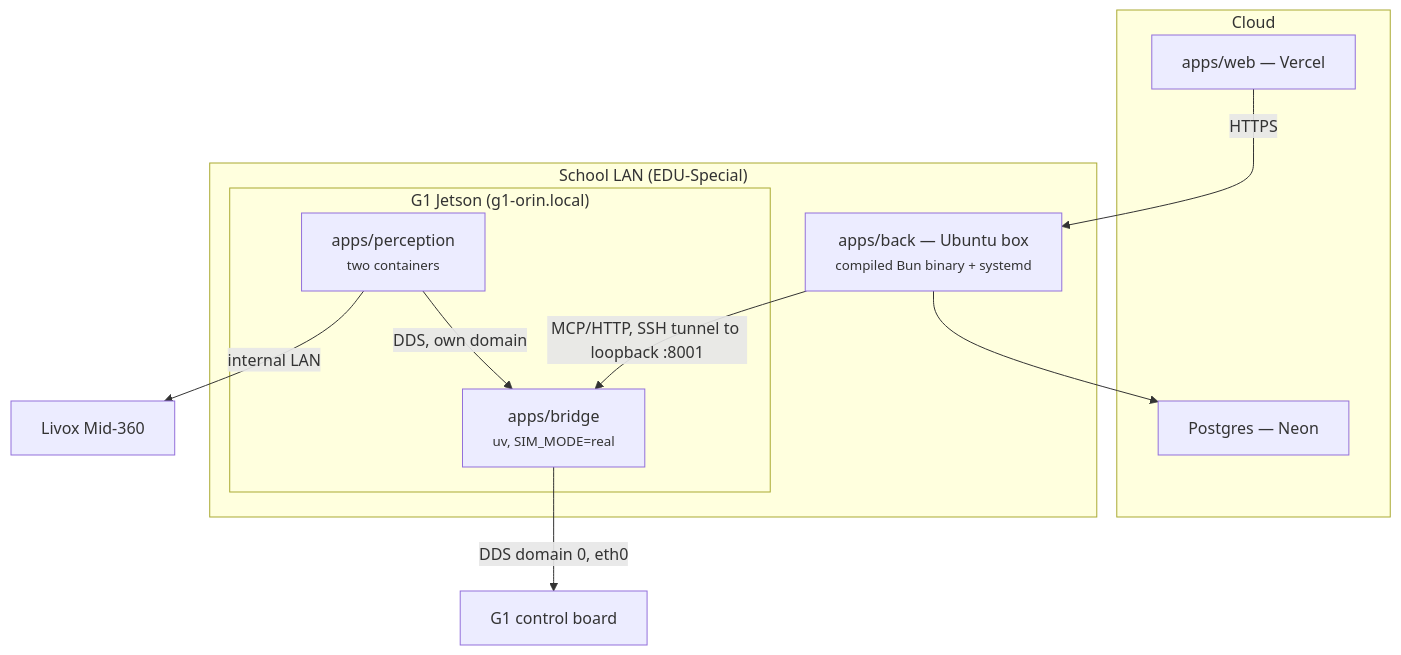
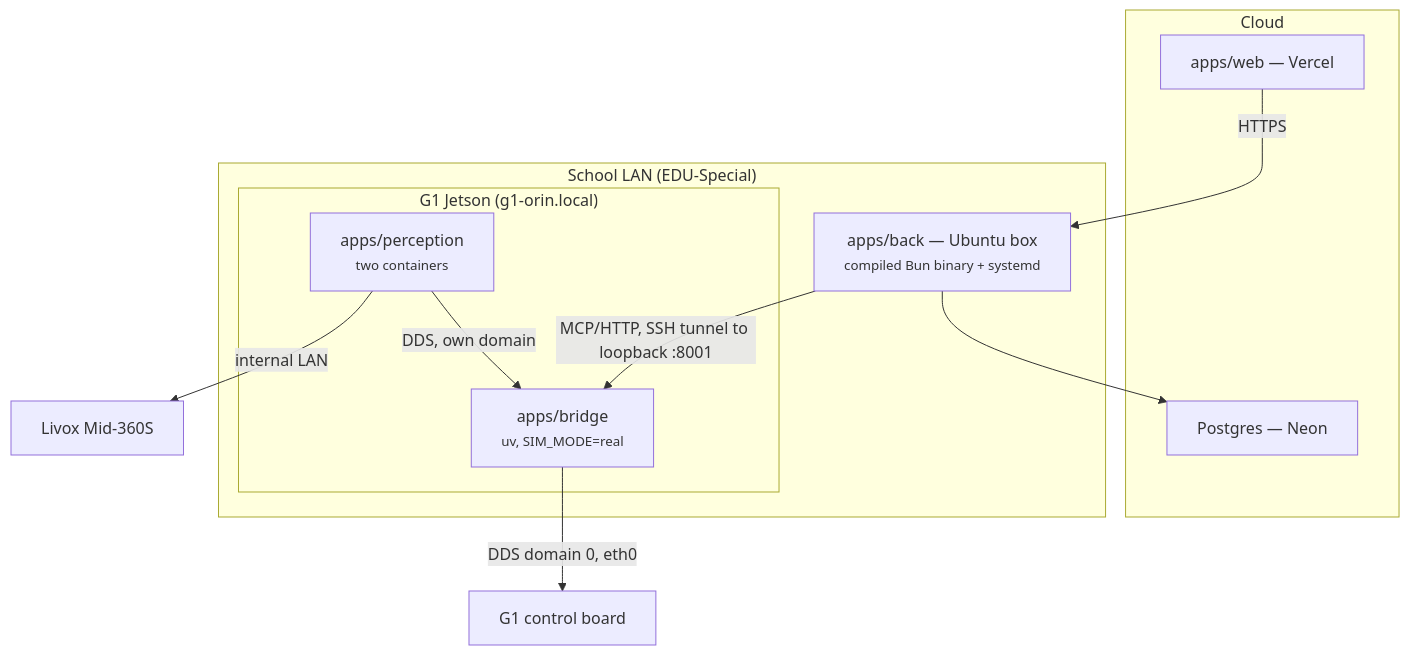
One commit to mercho40/C3PO changed the diagram in docs/OPERATIONS.md. Above: the diagram before and after it, drawn with Mermaid. The commit also changed other lines of this file and 2 other files, not shown here.

First line of the commit message:
docs(ops): cable, push deploy, robot internet, sudoers; the 802 trap, PARAR latch, Mid-360S, secrets (H2, H3)

````diff
--- a/docs/OPERATIONS.md
+++ b/docs/OPERATIONS.md
@@ -18,25 +18,25 @@
 ```mermaid
 flowchart TB
   subgraph CLOUD["Cloud"]
     VERCEL["apps/web — Vercel"]
     NEON["Postgres — Neon"]
   end
 
   subgraph LAN["School LAN (EDU-Special)"]
     UBUNTU["apps/back — Ubuntu box<br/><small>compiled Bun binary + systemd</small>"]
     subgraph JETSON["G1 Jetson (g1-orin.local)"]
       BRIDGE["apps/bridge<br/><small>uv, SIM_MODE=real</small>"]
       PERCEPTION["apps/perception<br/><small>two containers</small>"]
     end
   end
 
   CTRL["G1 control board"]
-  LIDAR["Livox Mid-360"]
+  LIDAR["Livox Mid-360S"]
 
   VERCEL -->|HTTPS| UBUNTU
   UBUNTU -->|"MCP/HTTP, SSH tunnel to loopback :8001"| BRIDGE
   UBUNTU --> NEON
   PERCEPTION -->|"DDS, own domain"| BRIDGE
   BRIDGE -->|"DDS domain 0, eth0"| CTRL
   PERCEPTION -->|"internal LAN"| LIDAR
 ```
````
